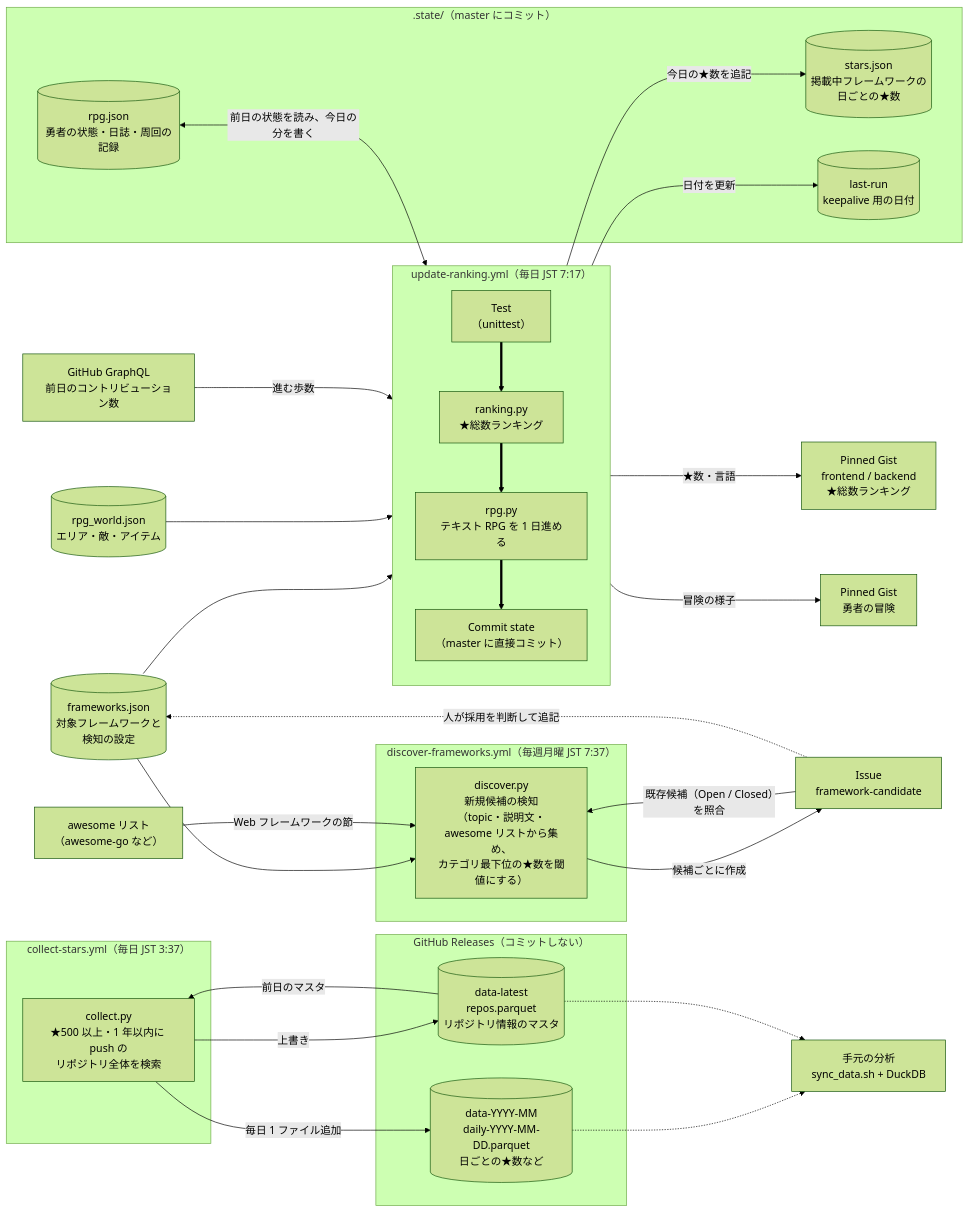
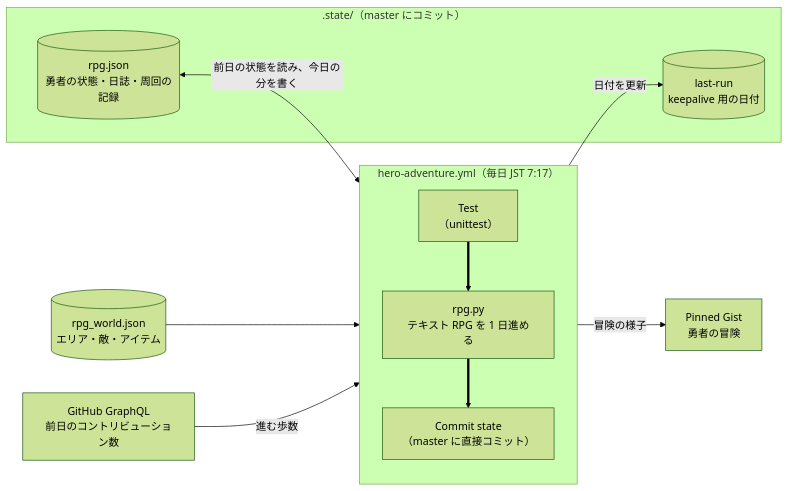
Before and after one commit to ot-nemoto/pinned-gist-maker: the first of 2 diagrams in docs/DATA_FLOW.md, drawn with Mermaid (forest theme). The commit also changed other lines of this file and 24 other files, not shown here.

````diff
--- a/docs/DATA_FLOW.md
+++ b/docs/DATA_FLOW.md
@@ -7,63 +7,25 @@
 ```mermaid
 flowchart LR
-    config[("frameworks.json<br/>対象フレームワークと<br/>検知の設定")]
-
-    subgraph daily["update-ranking.yml（毎日 JST 7:17）"]
+    subgraph daily["hero-adventure.yml（毎日 JST 7:17）"]
         direction TB
         test["Test<br/>（unittest）"]
-        ranking["ranking.py<br/>★総数ランキング"]
         rpg["rpg.py<br/>テキスト RPG を 1 日進める"]
         commit["Commit state<br/>（master に直接コミット）"]
-        test ==> ranking ==> rpg ==> commit
-    end
-
-    subgraph weekly["discover-frameworks.yml（毎週月曜 JST 7:37）"]
-        discover["discover.py<br/>新規候補の検知<br/>（topic・説明文・awesome リストから集め、<br/>カテゴリ最下位の★数を閾値にする）"]
-    end
-
-    subgraph collectwf["collect-stars.yml（毎日 JST 3:37）"]
-        collect["collect.py<br/>★500 以上・1 年以内に push の<br/>リポジトリ全体を検索"]
+        test ==> rpg ==> commit
     end
 
     subgraph state[".state/（master にコミット）"]
-        stars[("stars.json<br/>掲載中フレームワークの<br/>日ごとの★数")]
         rpgState[("rpg.json<br/>勇者の状態・日誌・周回の記録")]
         lastRun[("last-run<br/>keepalive 用の日付")]
     end
 
-    subgraph releases["GitHub Releases（コミットしない）"]
-        dailyFiles[("data-YYYY-MM<br/>daily-YYYY-MM-DD.parquet<br/>日ごとの★数など")]
-        reposFile[("data-latest<br/>repos.parquet<br/>リポジトリ情報のマスタ")]
-    end
-
-    gists["Pinned Gist<br/>frontend / backend<br/>★総数ランキング"]
-    rpgGist["Pinned Gist<br/>勇者の冒険"]
     world[("rpg_world.json<br/>エリア・敵・アイテム")]
     contrib["GitHub GraphQL<br/>前日のコントリビューション数"]
-    issues["Issue<br/>framework-candidate"]
-    awesome["awesome リスト<br/>（awesome-go など）"]
-    local["手元の分析<br/>sync_data.sh + DuckDB"]
-
-    config --> ranking
-    config --> discover
-
-    ranking -->|"★数・言語"| gists
-    ranking -->|"今日の★数を追記"| stars
-    commit -->|"日付を更新"| lastRun
+    rpgGist["Pinned Gist<br/>勇者の冒険"]
 
     world --> rpg
     contrib -->|"進む歩数"| rpg
     rpgState <-->|"前日の状態を読み、今日の分を書く"| rpg
     rpg -->|"冒険の様子"| rpgGist
-
-    discover -->|"候補ごとに作成"| issues
-    issues -->|"既存候補（Open / Closed）を照合"| discover
-    awesome -->|"Web フレームワークの節"| discover
-    issues -.->|"人が採用を判断して追記"| config
-
-    reposFile -->|"前日のマスタ"| collect
-    collect -->|"毎日 1 ファイル追加"| dailyFiles
-    collect -->|"上書き"| reposFile
-    dailyFiles -.-> local
-    reposFile -.-> local
+    commit -->|"日付を更新"| lastRun
 ```
````
